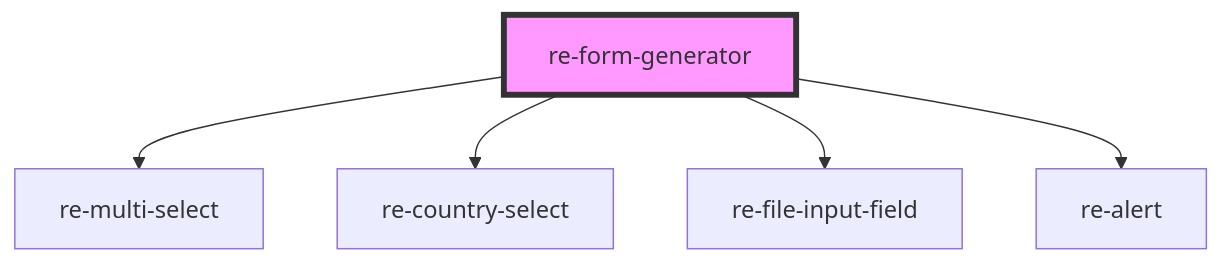
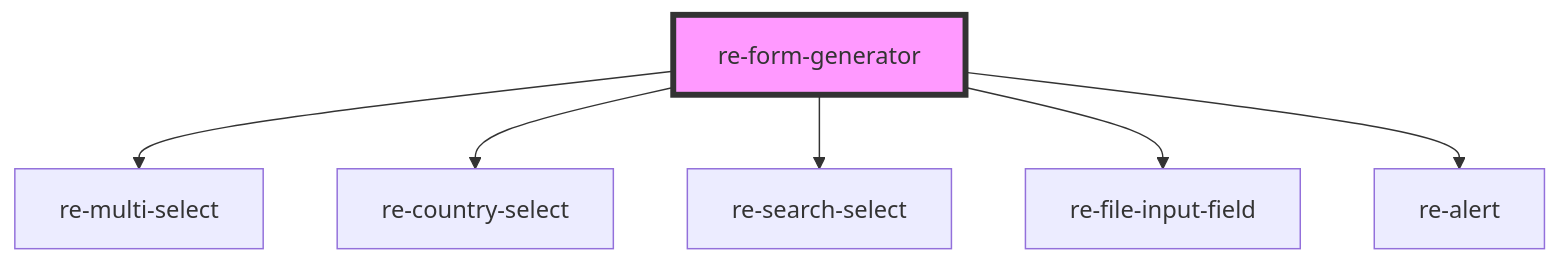
Before and after one commit to balance3840/form-generator: the diagram in src/components/re-form-generator/readme.md, drawn with Mermaid. The commit also changed other lines of this file and 13 other files, not shown here.

````diff
--- a/src/components/re-form-generator/readme.md
+++ b/src/components/re-form-generator/readme.md
@@ -129,8 +130,9 @@
 ```mermaid
 graph TD;
   re-form-generator --> re-multi-select
   re-form-generator --> re-country-select
+  re-form-generator --> re-search-select
   re-form-generator --> re-file-input-field
   re-form-generator --> re-alert
   style re-form-generator fill:#f9f,stroke:#333,stroke-width:4px
 ```
````
